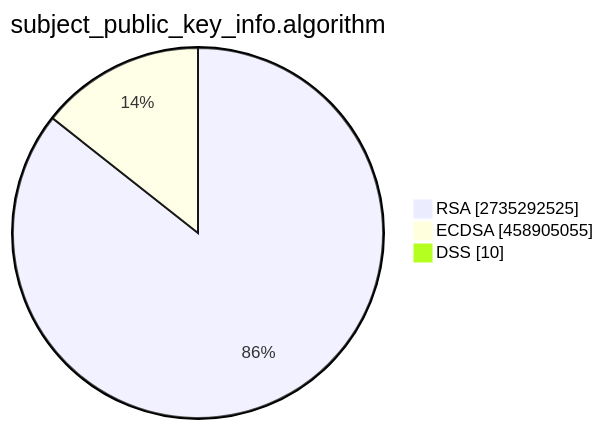
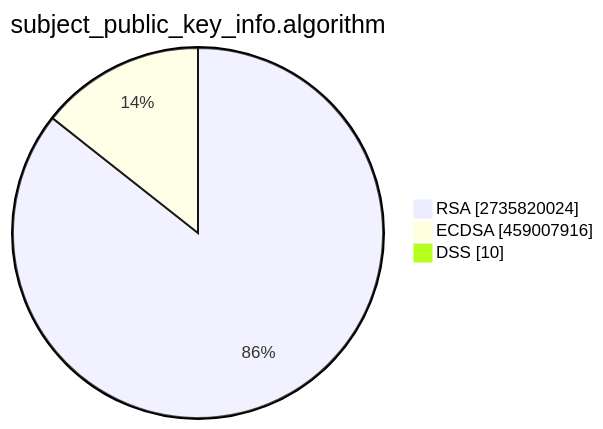
The second of 15 diagrams in TOTAL/README.md (christiankrug/ctmonitor_visualization), drawn with Mermaid before and after one commit. The commit also changed other lines of this file, not shown here.

````diff
--- a/TOTAL/README.md
+++ b/TOTAL/README.md
@@ -6,7 +6,7 @@
 ```mermaid
 pie showData
 title subject_public_key_info.algorithm
-"RSA" :2735292525
-"ECDSA" :458905055
+"RSA" :2735820024
+"ECDSA" :459007916
 "DSS" :10
 ```
````
